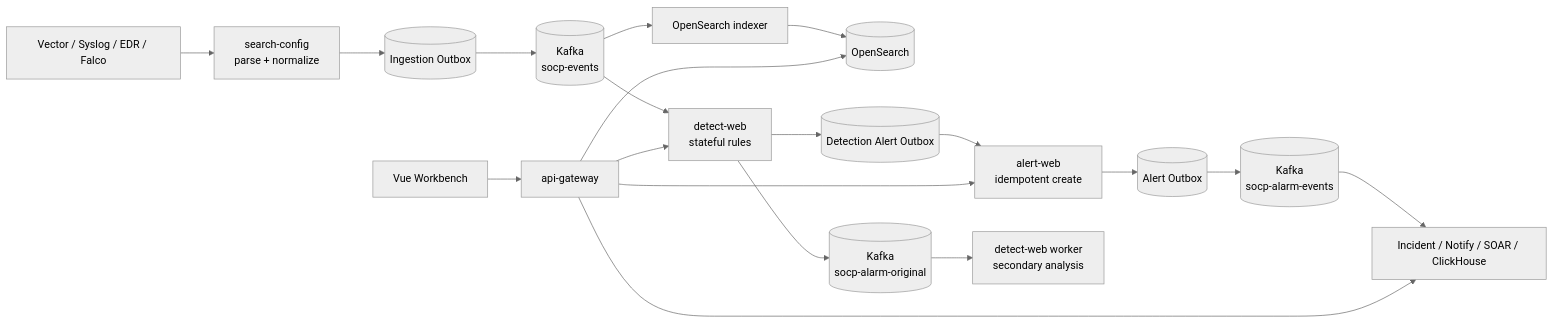
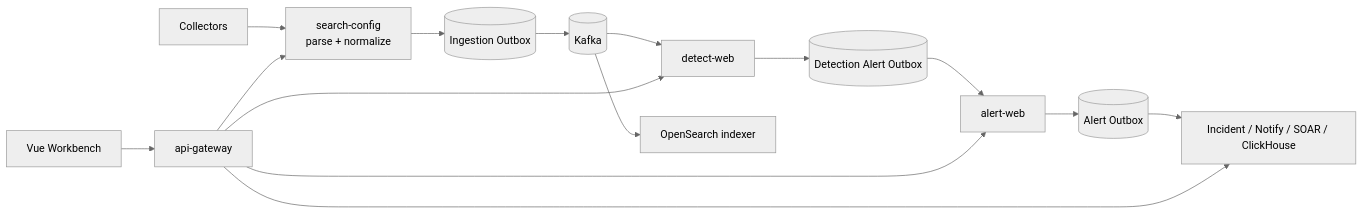
One commit to VincentXR/socp-siem changed the diagram in README.md. Above: the diagram before and after it, drawn with Mermaid (neutral theme). The commit also changed other lines of this file and 91 other files, not shown here.

````diff
--- a/README.md
+++ b/README.md
@@ -14,21 +14,17 @@
 ```mermaid
 flowchart LR
-  S[Vector / Syslog / EDR / Falco] --> P[search-config<br/>parse + normalize]
+  S[Collectors] --> P[search-config<br/>parse + normalize]
   P --> IO[(Ingestion Outbox)]
-  IO --> K[(Kafka<br/>socp-events)]
-  K --> D[detect-web<br/>stateful rules]
+  IO --> K[(Kafka)]
+  K --> D[detect-web]
   K --> IX[OpenSearch indexer]
-  IX --> OS[(OpenSearch)]
   D --> DO[(Detection Alert Outbox)]
-  DO --> A[alert-web<br/>idempotent create]
+  DO --> A[alert-web]
   A --> AO[(Alert Outbox)]
-  AO --> AK[(Kafka<br/>socp-alarm-events)]
-  AK --> F[Incident / Notify / SOAR / ClickHouse]
-  D --> DM[(Kafka<br/>socp-alarm-original)]
-  DM --> M[detect-web worker<br/>secondary analysis]
+  AO --> F[Incident / Notify / SOAR / ClickHouse]
   UI[Vue Workbench] --> GW[api-gateway]
+  GW --> P
   GW --> D
   GW --> A
-  GW --> OS
   GW --> F
 ```
````
